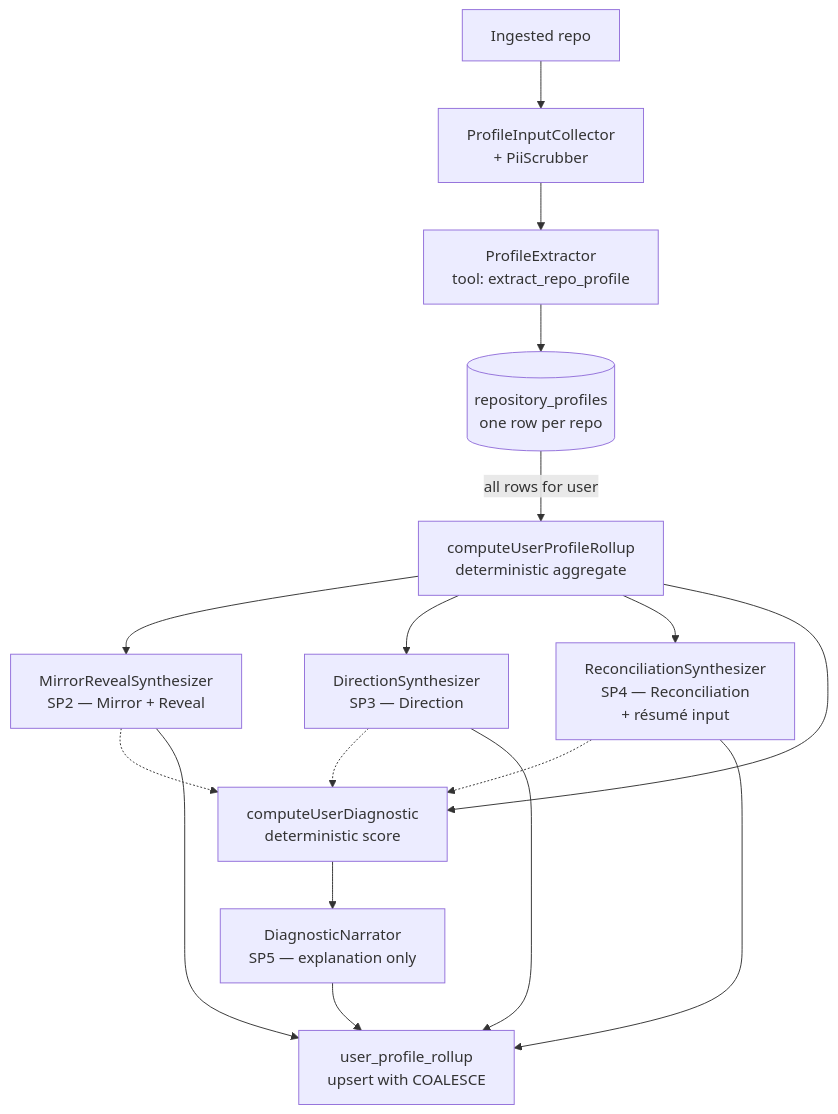
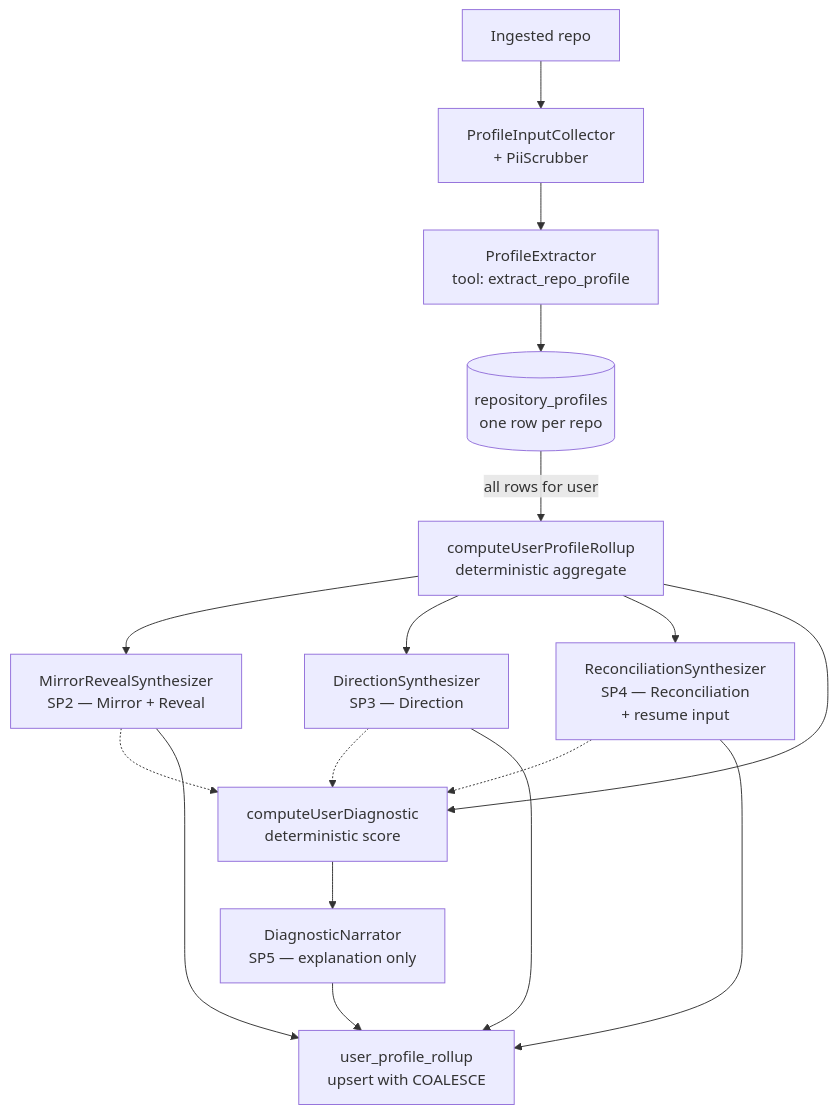
One commit to Nelson-Lamounier/ai-applications changed the diagram in docs/concepts/profile-synthesis-chain.md. Above: the diagram before and after it, drawn with Mermaid. The commit also changed other lines of this file and 15 other files, not shown here.

````diff
--- a/docs/concepts/profile-synthesis-chain.md
+++ b/docs/concepts/profile-synthesis-chain.md
@@ -42,16 +42,16 @@
 ```mermaid
 flowchart TD
     Repo[Ingested repo] --> Collector[ProfileInputCollector<br/>+ PiiScrubber]
     Collector --> Extractor[ProfileExtractor<br/>tool: extract_repo_profile]
     Extractor --> RowsTable[(repository_profiles<br/>one row per repo)]
     RowsTable -->|all rows for user| Rollup[computeUserProfileRollup<br/>deterministic aggregate]
     Rollup --> Mirror[MirrorRevealSynthesizer<br/>SP2 — Mirror + Reveal]
     Rollup --> Direction[DirectionSynthesizer<br/>SP3 — Direction]
-    Rollup --> Recon[ReconciliationSynthesizer<br/>SP4 — Reconciliation<br/>+ résumé input]
+    Rollup --> Recon[ReconciliationSynthesizer<br/>SP4 — Reconciliation<br/>+ resume input]
     Rollup --> DiagCompute[computeUserDiagnostic<br/>deterministic score]
     Mirror -.-> DiagCompute
     Direction -.-> DiagCompute
     Recon -.-> DiagCompute
     DiagCompute --> Narrator[DiagnosticNarrator<br/>SP5 — explanation only]
     Mirror & Direction & Recon & Narrator --> Upsert[user_profile_rollup<br/>upsert with COALESCE]
 ```
````
